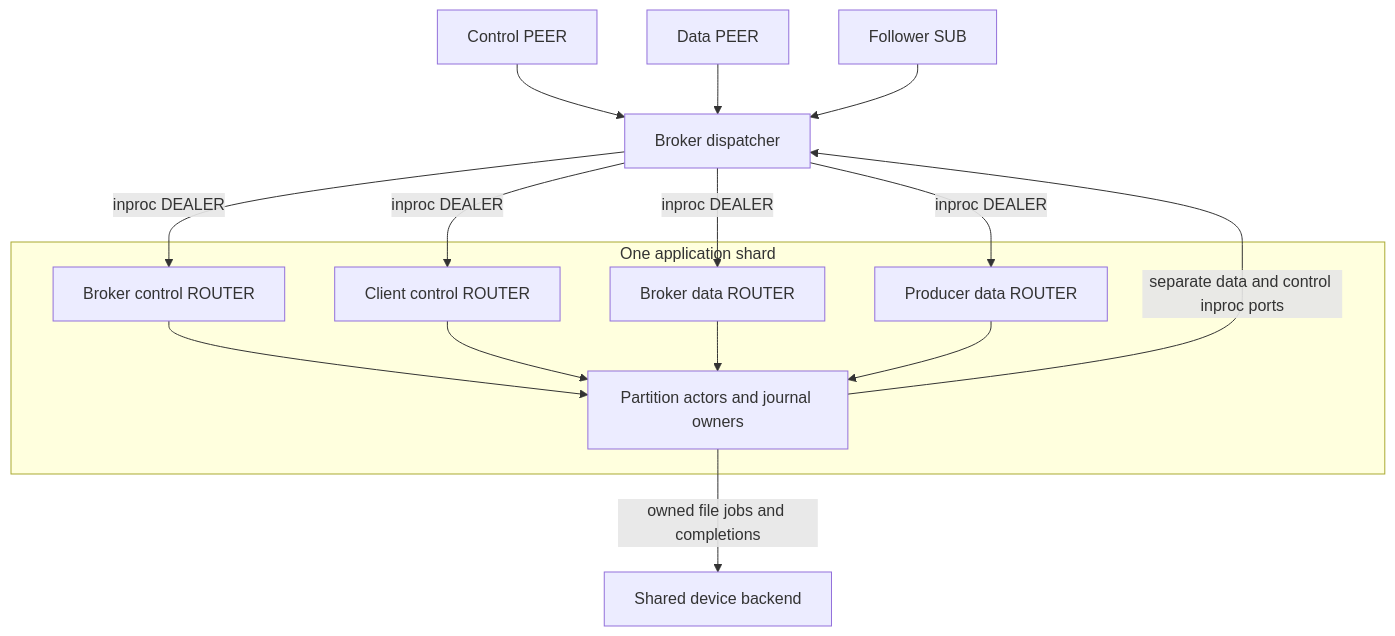
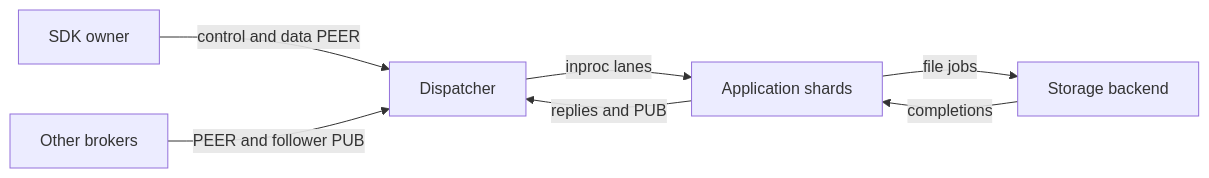
The diagram in doc/RUNTIME.md (paddor/ozzy), drawn with Mermaid before and after one commit. The commit also changed other lines of this file and 801 other files, not shown here.

First line of the commit message:
Refactor storage, runtime, and SDK owners; rewrite the docs

````diff
--- a/doc/RUNTIME.md
+++ b/doc/RUNTIME.md
@@ -55,28 +28,9 @@
 ```mermaid
-flowchart TD
-    CP[Control PEER]
-    DP[Data PEER]
-    FS[Follower SUB]
-    D[Broker dispatcher]
-    subgraph S[One application shard]
-        BC[Broker control ROUTER]
-        CC[Client control ROUTER]
-        BD[Broker data ROUTER]
-        PD[Producer data ROUTER]
-        P[Partition actors and journal owners]
-        BC --> P
-        CC --> P
-        BD --> P
-        PD --> P
-    end
-    IO[Shared device backend]
-    CP --> D
-    DP --> D
-    FS --> D
-    D -->|inproc DEALER| BC
-    D -->|inproc DEALER| CC
-    D -->|inproc DEALER| BD
-    D -->|inproc DEALER| PD
-    P -->|separate data and control inproc ports| D
-    P -->|owned file jobs and completions| IO
+flowchart LR
+    C[SDK owner] -->|control and data PEER| D[Dispatcher]
+    B[Other brokers] -->|PEER and follower PUB| D
+    D -->|inproc lanes| S[Application shards]
+    S -->|replies and PUB| D
+    S -->|file jobs| IO[Storage backend]
+    IO -->|completions| S
 ```
````
